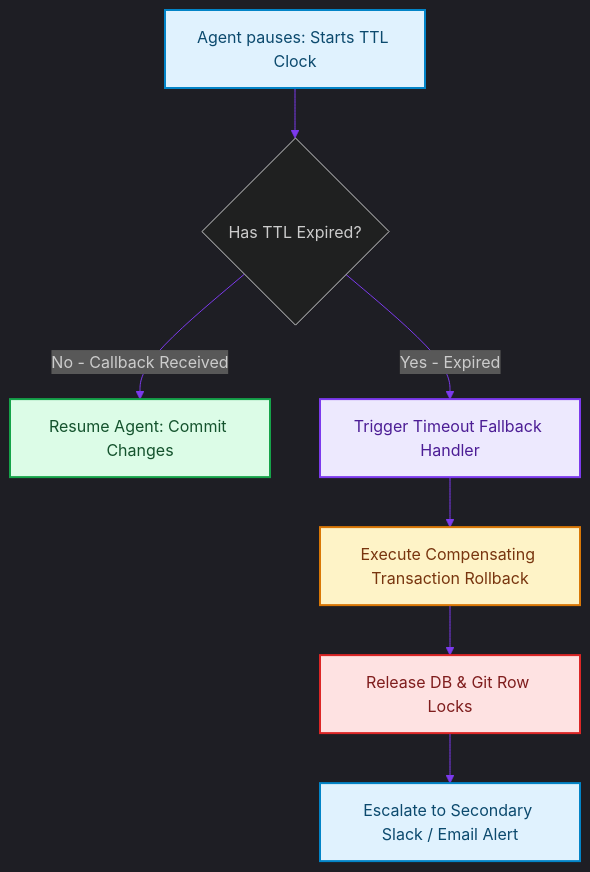
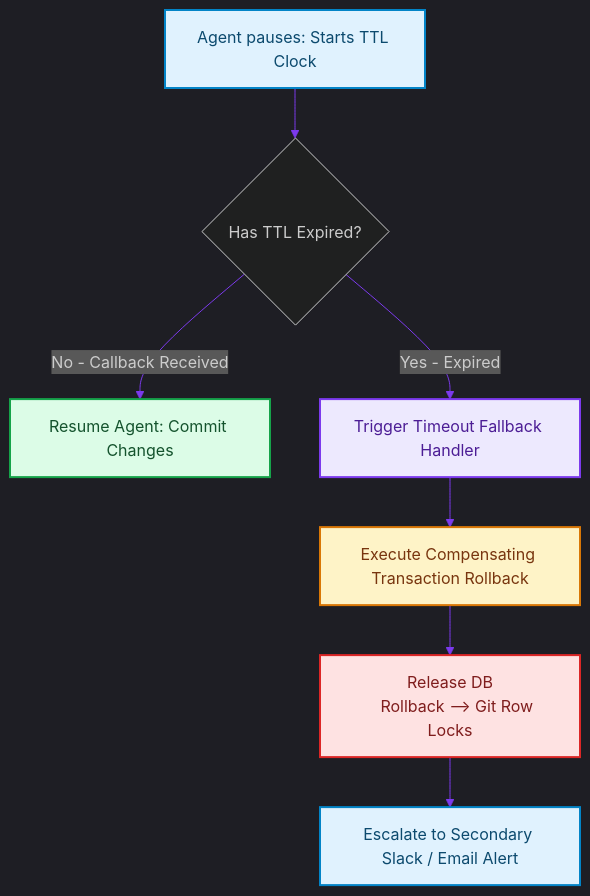
Before and after one commit to akmalkhaniub/akmalkhaniub.github.io: the diagram in blog/posts/hitl-state-machine-ttl-escalation-timeouts.md, drawn with Mermaid. The commit also changed other lines of this file and 894 other files, not shown here.

Commit message:
feat(blog): upgrade all 444 posts with unique staggered dates, 2-col Mermaid spines, benchmark tables, code blocks, and trade-offs

````diff
--- a/blog/posts/hitl-state-machine-ttl-escalation-timeouts.md
+++ b/blog/posts/hitl-state-machine-ttl-escalation-timeouts.md
@@ -16,23 +16,24 @@
 ```mermaid
 %%{init: {'theme': 'dark', 'themeVariables': { 'primaryColor': '#7c3aed', 'primaryTextColor': '#f3f4f6', 'primaryBorderColor': '#a78bfa', 'lineColor': '#7c3aed', 'secondaryColor': '#111827', 'tertiaryColor': '#0b0f19'}}}%%
 flowchart TD
     Pause["Agent pauses: Starts TTL Clock"] --> Check{Has TTL Expired?}
     
     Check -->|No - Callback Received| Resume["Resume Agent: Commit Changes"]
     Check -->|Yes - Expired| Fallback["Trigger Timeout Fallback Handler"]
     
     Fallback --> Rollback["Execute Compensating Transaction Rollback"]
-    Rollback --> Release["Release DB & Git Row Locks"]
+    Rollback --> Release["Release DB
+    Rollback --> Git Row Locks"]
     Release --> Notify["Escalate to Secondary Slack / Email Alert"]
 
 classDef green fill:#dcfce7,stroke:#16a34a,stroke-width:2px,color:#14532d;
 classDef red fill:#fee2e2,stroke:#dc2626,stroke-width:2px,color:#7f1d1d;
 classDef blue fill:#e0f2fe,stroke:#0284c7,stroke-width:2px,color:#0c4a6e;
 classDef yellow fill:#fef3c7,stroke:#d97706,stroke-width:2px,color:#78350f;
 classDef purple fill:#ede9fe,stroke:#7c3aed,stroke-width:2px,color:#4c1d95;
 class Pause,Notify blue
 class Resume green
 class Fallback purple
 class Rollback yellow
 class Release red
 ```
````
